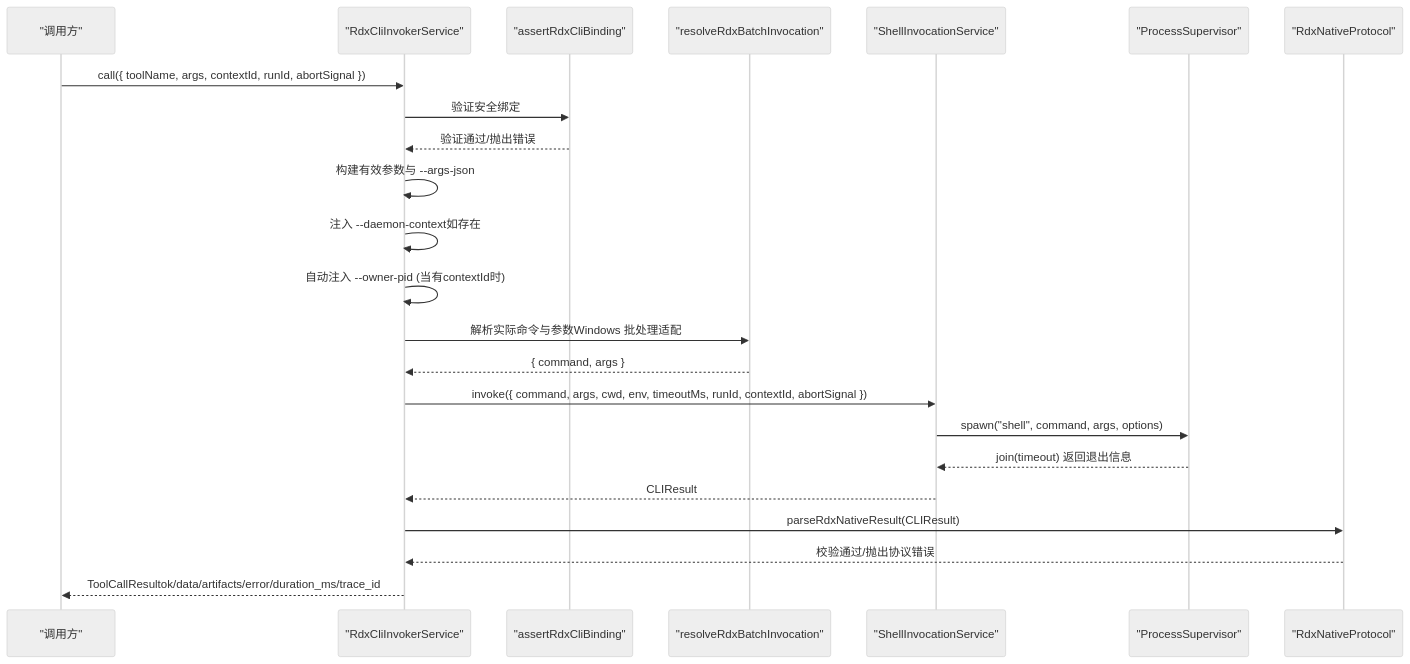
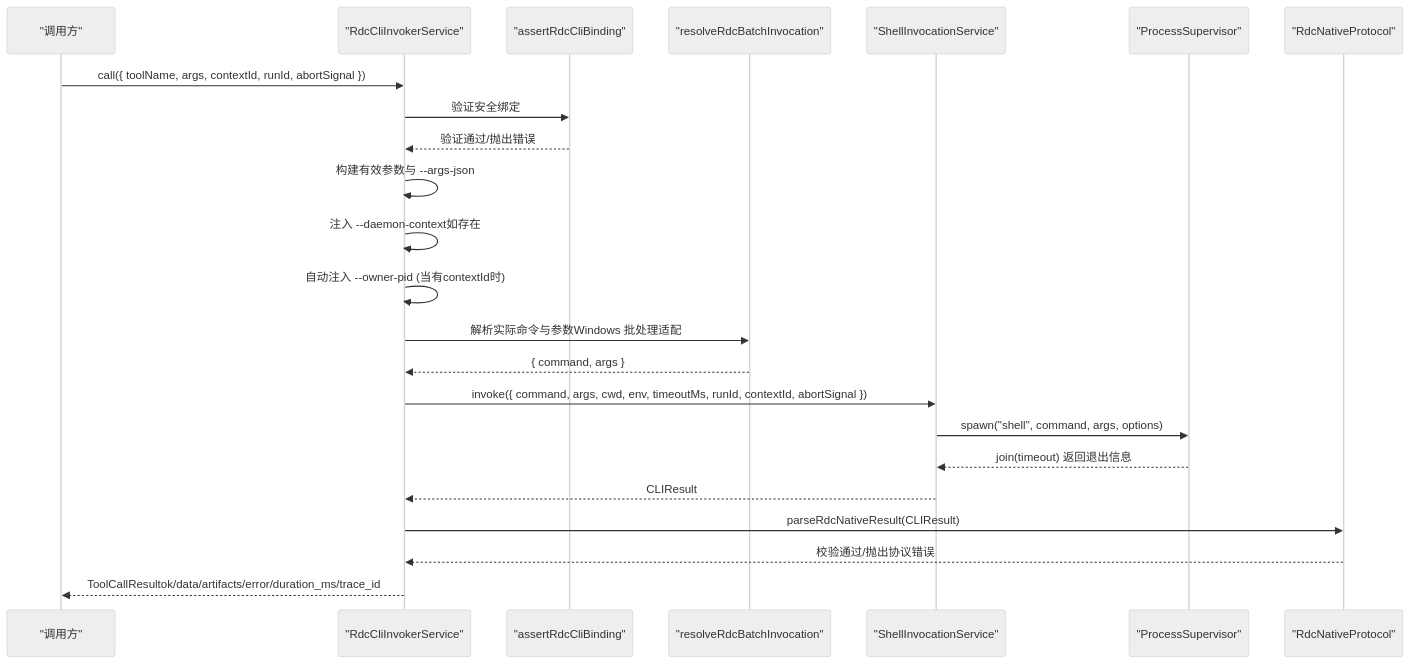
Before and after one commit to haolange/RDC-Agent: the second of 7 diagrams in .qoder/repowiki/zh/content/核心模块/工具系统/RDX CLI 调用器.md, drawn with Mermaid (neutral theme). The commit also changed other lines of this file and 557 other files, not shown here.

````diff
--- a/.qoder/repowiki/zh/content/核心模块/工具系统/RDX CLI 调用器.md
+++ b/.qoder/repowiki/zh/content/核心模块/工具系统/RDX CLI 调用器.md
@@ -104,25 +104,25 @@
 ```mermaid
 sequenceDiagram
 participant Caller as "调用方"
-participant Service as "RdxCliInvokerService"
-participant Validator as "assertRdxCliBinding"
-participant Resolver as "resolveRdxBatchInvocation"
+participant Service as "RdcCliInvokerService"
+participant Validator as "assertRdcCliBinding"
+participant Resolver as "resolveRdcBatchInvocation"
 participant Shell as "ShellInvocationService"
 participant Proc as "ProcessSupervisor"
-participant Protocol as "RdxNativeProtocol"
+participant Protocol as "RdcNativeProtocol"
 Caller->>Service : call({ toolName, args, contextId, runId, abortSignal })
 Service->>Validator : 验证安全绑定
 Validator-->>Service : 验证通过/抛出错误
 Service->>Service : 构建有效参数与 --args-json
 Service->>Service : 注入 --daemon-context如存在
 Service->>Service : 自动注入 --owner-pid (当有contextId时)
 Service->>Resolver : 解析实际命令与参数Windows 批处理适配
 Resolver-->>Service : { command, args }
 Service->>Shell : invoke({ command, args, cwd, env, timeoutMs, runId, contextId, abortSignal })
 Shell->>Proc : spawn("shell", command, args, options)
 Proc-->>Shell : join(timeout) 返回退出信息
 Shell-->>Service : CLIResult
-Service->>Protocol : parseRdxNativeResult(CLIResult)
+Service->>Protocol : parseRdcNativeResult(CLIResult)
 Protocol-->>Service : 校验通过/抛出协议错误
 Service-->>Caller : ToolCallResultok/data/artifacts/error/duration_ms/trace_id
 ```
````
